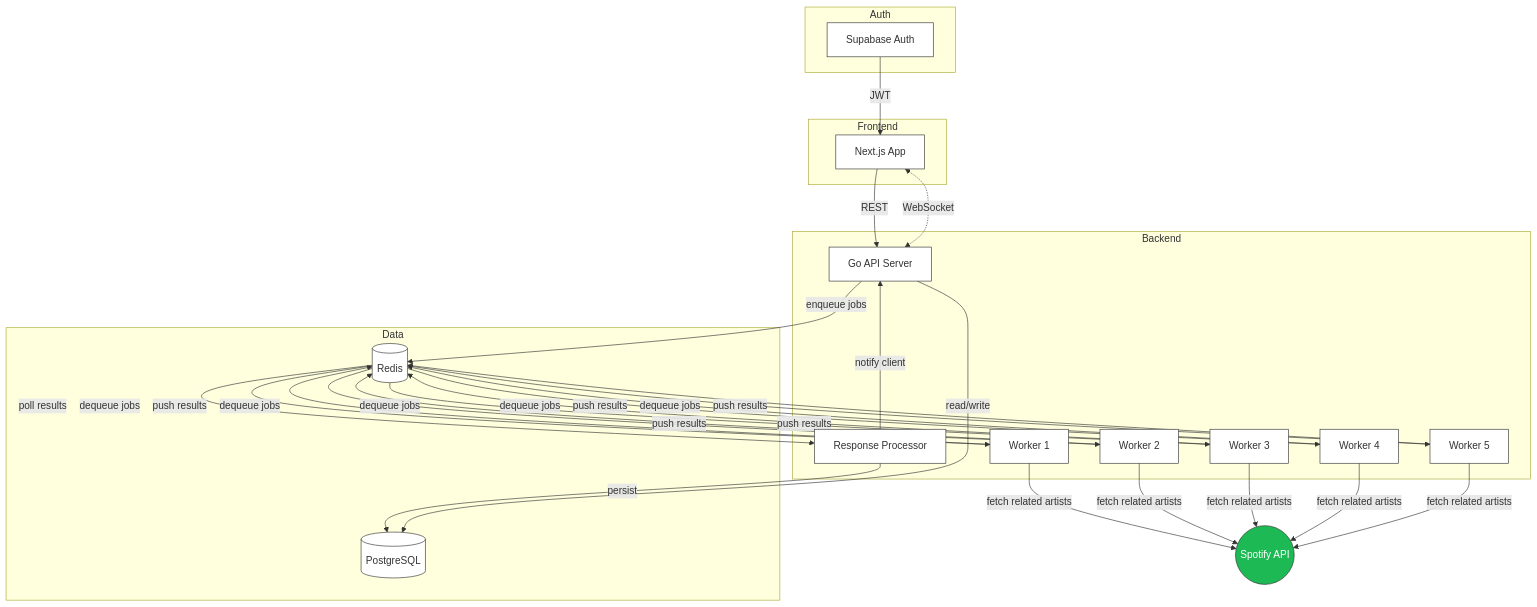
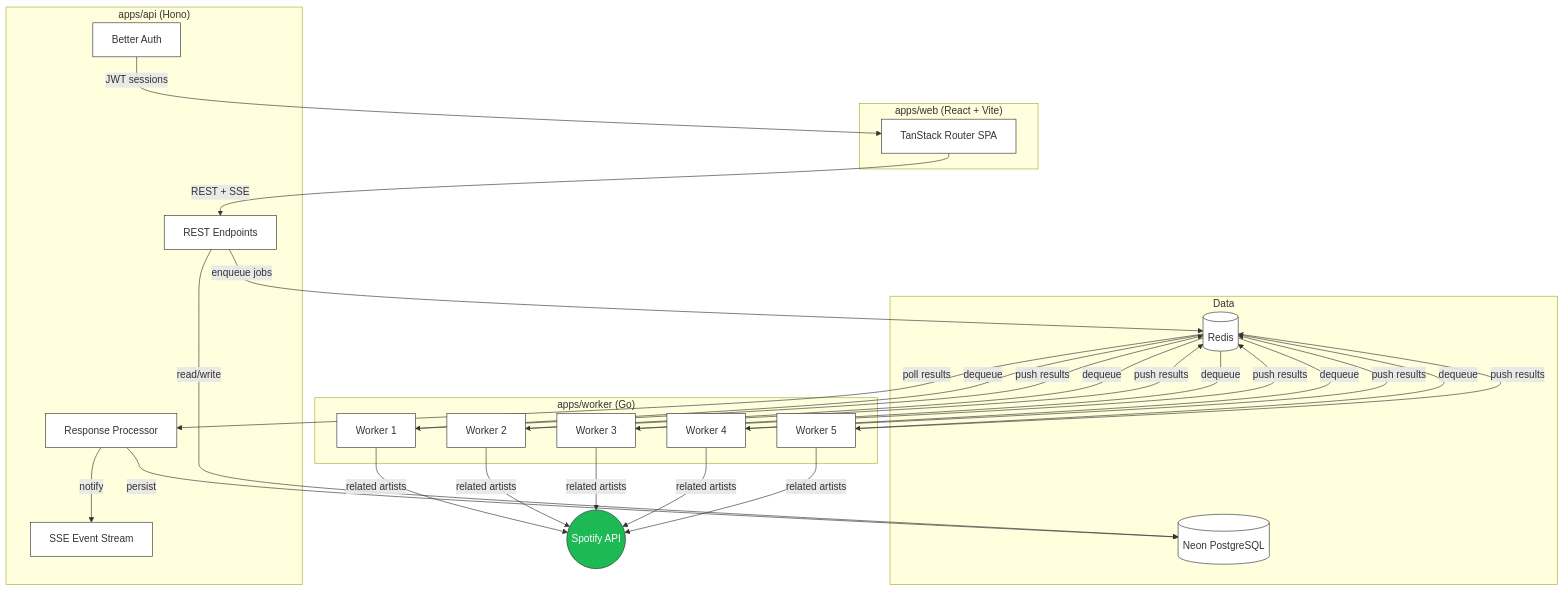
The diagram in README.md (simonbalfe/shrillecho), drawn with Mermaid before and after one commit. The commit also changed other lines of this file and 190 other files, not shown here.

First line of the commit message:
Migrate to monorepo: Hono, Better Auth, Drizzle, TanStack, Tailwind v4

````diff
--- a/README.md
+++ b/README.md
@@ -18,45 +18,45 @@
 ```mermaid
 flowchart TD
-    subgraph Frontend
-        UI[Next.js App]
+    subgraph Frontend["apps/web (React + Vite)"]
+        UI[TanStack Router SPA]
     end
 
-    subgraph Auth
-        Supa[Supabase Auth]
+    subgraph API["apps/api (Hono)"]
+        Auth[Better Auth]
+        Routes[REST Endpoints]
+        SSE[SSE Event Stream]
+        RP[Response Processor]
     end
 
-    subgraph Backend
-        API[Go API Server]
+    subgraph Worker["apps/worker (Go)"]
         W1[Worker 1]
         W2[Worker 2]
         W3[Worker 3]
         W4[Worker 4]
         W5[Worker 5]
-        RP[Response Processor]
     end
 
     subgraph Data
-        PG[(PostgreSQL)]
+        PG[(Neon PostgreSQL)]
         RD[(Redis)]
     end
 
     Spotify((Spotify API))
 
-    Supa -->|JWT| UI
-    UI -->|REST| API
-    UI <-.->|WebSocket| API
+    UI -->|REST + SSE| Routes
+    Auth -->|JWT sessions| UI
 
-    API -->|enqueue jobs| RD
-    RD -->|dequeue jobs| W1 & W2 & W3 & W4 & W5
-    W1 & W2 & W3 & W4 & W5 -->|fetch related artists| Spotify
+    Routes -->|enqueue jobs| RD
+    RD -->|dequeue| W1 & W2 & W3 & W4 & W5
+    W1 & W2 & W3 & W4 & W5 -->|related artists| Spotify
     W1 & W2 & W3 & W4 & W5 -->|push results| RD
     RD -->|poll results| RP
     RP -->|persist| PG
-    RP -->|notify client| API
+    RP -->|notify| SSE
 
-    API -->|read/write| PG
+    Routes -->|read/write| PG
 
     classDef default fill:#fff,stroke:#333
     classDef spotify fill:#1DB954,stroke:#333,color:#fff
     class Spotify spotify
 ```
````
